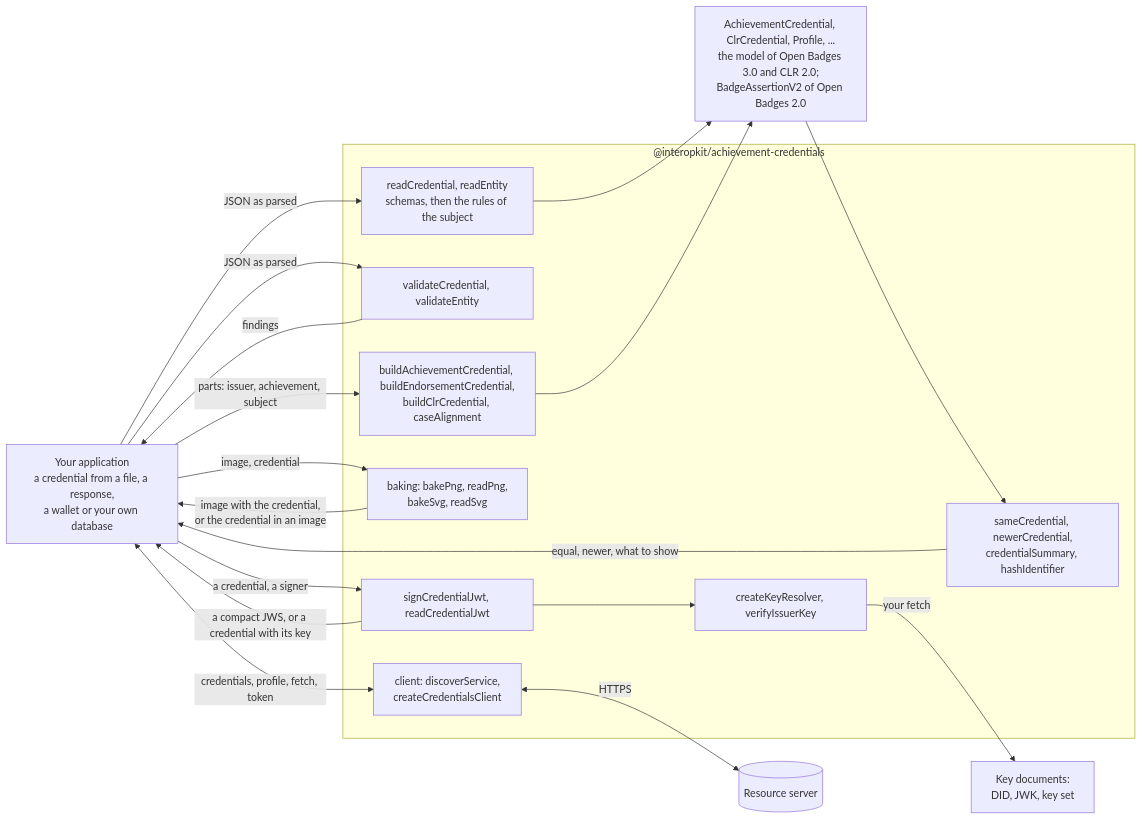
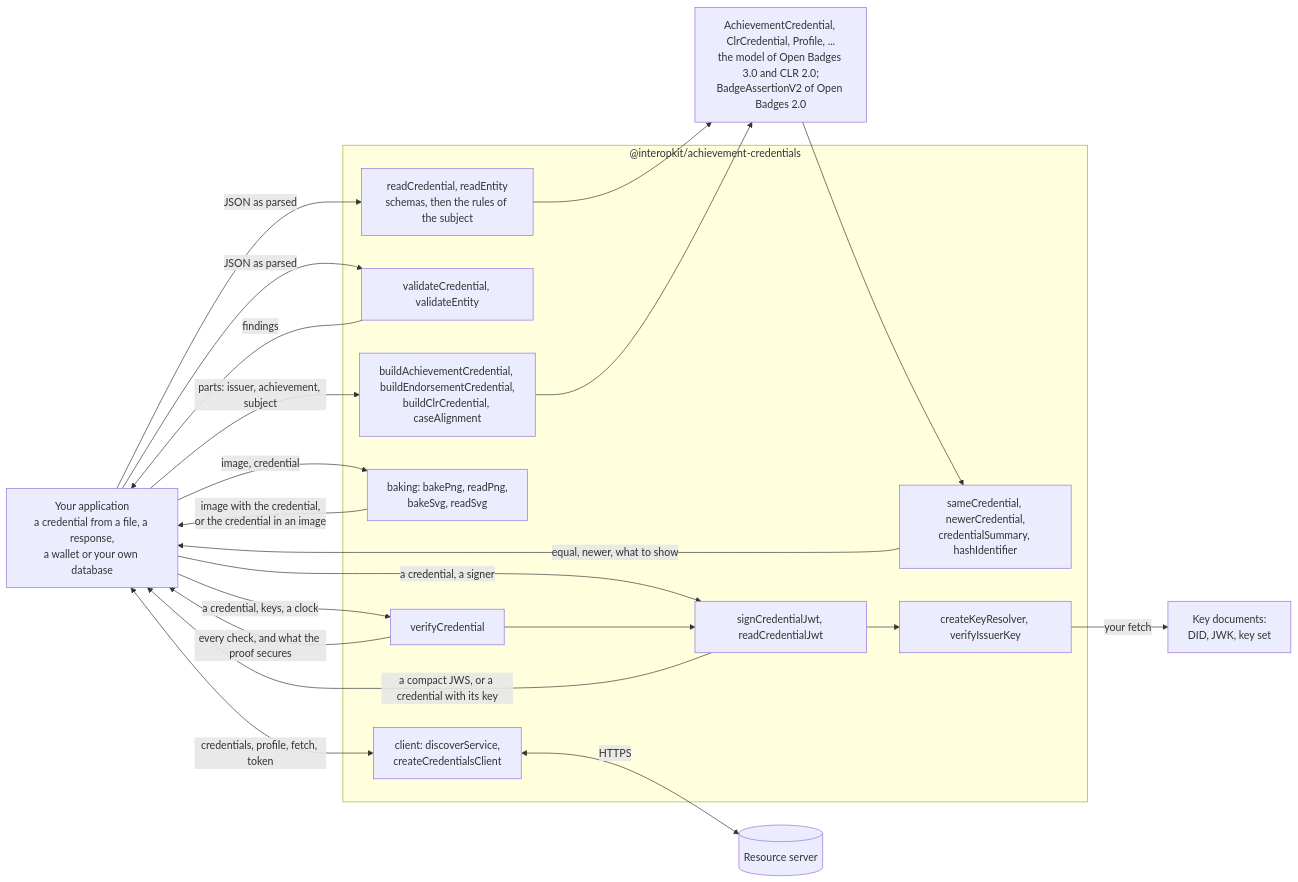
One commit to interopkit/interopkit changed the diagram in packages/achievement-credentials/README.md. Above: the diagram before and after it, drawn with Mermaid. The commit also changed other lines of this file and 63 other files, not shown here.

````diff
--- a/packages/achievement-credentials/README.md
+++ b/packages/achievement-credentials/README.md
@@ -13,31 +14,35 @@
 ```mermaid
 flowchart LR
   host["Your application<br/>a credential from a file, a response,<br/>a wallet or your own database"]
   subgraph pkg["@interopkit/achievement-credentials"]
     read["readCredential, readEntity<br/>schemas, then the rules of the subject"]
     validate["validateCredential, validateEntity"]
     build["buildAchievementCredential, buildEndorsementCredential,<br/>buildClrCredential, caseAlignment"]
     compare["sameCredential, newerCredential,<br/>credentialSummary, hashIdentifier"]
     baking["baking: bakePng, readPng,<br/>bakeSvg, readSvg"]
     client["client: discoverService,<br/>createCredentialsClient"]
     jwt["signCredentialJwt, readCredentialJwt"]
     keys["createKeyResolver, verifyIssuerKey"]
+    verify["verifyCredential"]
   end
   model["AchievementCredential, ClrCredential, Profile, ...<br/>the model of Open Badges 3.0 and CLR 2.0;<br/>BadgeAssertionV2 of Open Badges 2.0"]
   host -->|"JSON as parsed"| read
   read --> model
   host -->|"JSON as parsed"| validate
   validate -->|"findings"| host
   host -->|"parts: issuer, achievement, subject"| build
   build --> model
   model --> compare
   compare -->|"equal, newer, what to show"| host
   host -->|"image, credential"| baking
   baking -->|"image with the credential,<br/>or the credential in an image"| host
   host <-->|"credentials, profile, fetch, token"| client
   client <-->|"HTTPS"| server[("Resource server")]
   host -->|"a credential, a signer"| jwt
   jwt -->|"a compact JWS, or a credential with its key"| host
   jwt --> keys
+  host -->|"a credential, keys, a clock"| verify
+  verify -->|"every check, and what the proof secures"| host
+  verify --> jwt
   keys -->|"your fetch"| docs["Key documents:<br/>DID, JWK, key set"]
 ```
````
